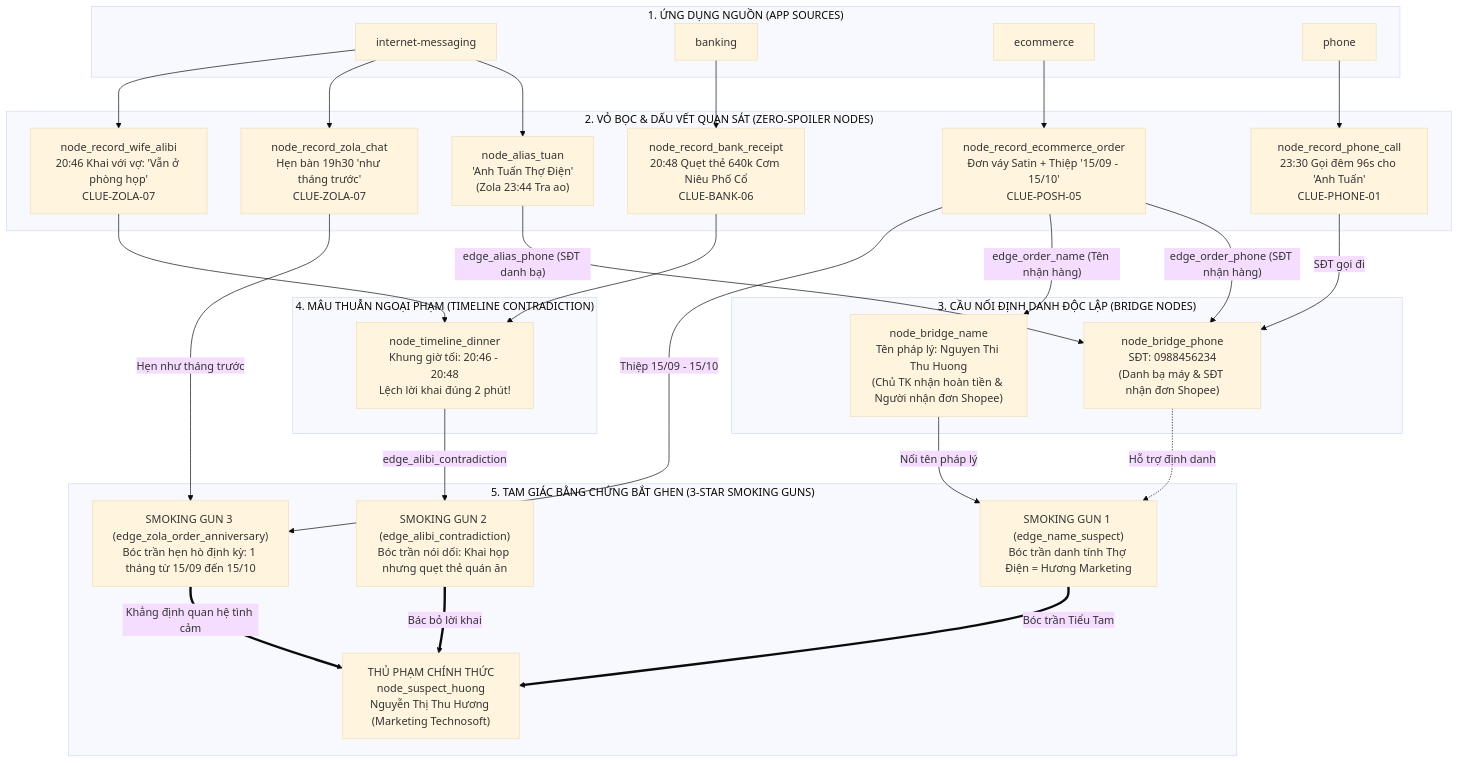
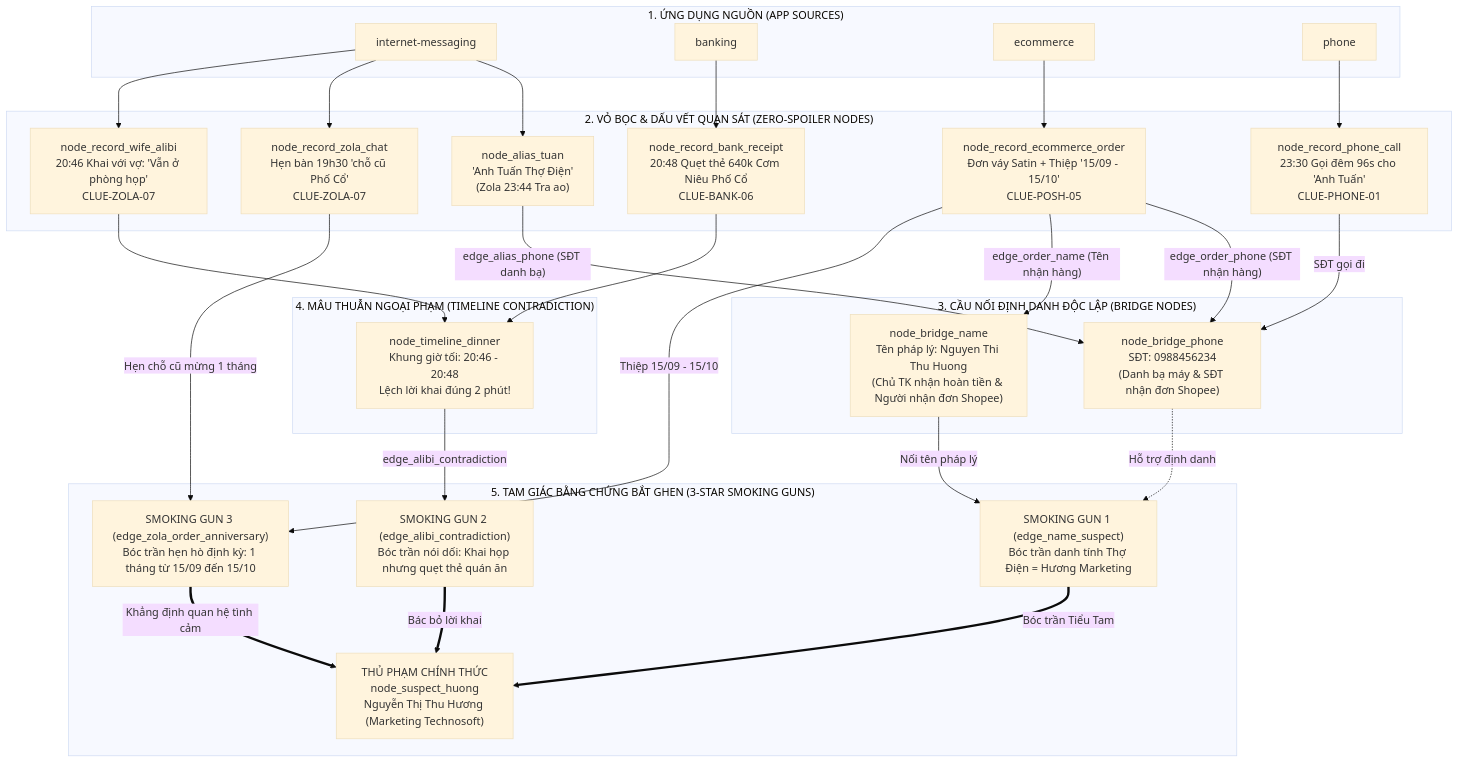
Before and after one commit to BruceNasher168/detective-wifey: the second of 2 diagrams in .agent-artifacts/requirements/stories/husband-hoang/level-01.md, drawn with Mermaid (base theme). The commit also changed other lines of this file and 9 other files, not shown here.

````diff
--- a/.agent-artifacts/requirements/stories/husband-hoang/level-01.md
+++ b/.agent-artifacts/requirements/stories/husband-hoang/level-01.md
@@ -193,64 +193,64 @@
 ```mermaid
 flowchart TD
   subgraph APPS ["1. ỨNG DỤNG NGUỒN (APP SOURCES)"]
     App_Zola["internet-messaging"]
     App_Bank["banking"]
     App_Shop["ecommerce"]
     App_Phone["phone"]
   end
 
   subgraph INITIAL_CLUES ["2. VỎ BỌC & DẤU VẾT QUAN SÁT (ZERO-SPOILER NODES)"]
     Alias_Tuan["node_alias_tuan<br/>'Anh Tuấn Thợ Điện'<br/>(Zola 23:44 Tra ao)"]
-    Record_ZolaChat["node_record_zola_chat<br/>Hẹn bàn 19h30 'như tháng trước'<br/>CLUE-ZOLA-07"]
+    Record_ZolaChat["node_record_zola_chat<br/>Hẹn bàn 19h30 'chỗ cũ Phố Cổ'<br/>CLUE-ZOLA-07"]
     Record_WifeAlibi["node_record_wife_alibi<br/>20:46 Khai với vợ: 'Vẫn ở phòng họp'<br/>CLUE-ZOLA-07"]
     Record_BankReceipt["node_record_bank_receipt<br/>20:48 Quẹt thẻ 640k Cơm Niêu Phố Cổ<br/>CLUE-BANK-06"]
     Record_ShopOrder["node_record_ecommerce_order<br/>Đơn váy Satin + Thiệp '15/09 - 15/10'<br/>CLUE-POSH-05"]
     Record_PhoneCall["node_record_phone_call<br/>23:30 Gọi đêm 96s cho 'Anh Tuấn'<br/>CLUE-PHONE-01"]
   end
 
   subgraph BRIDGES ["3. CẦU NỐI ĐỊNH DANH ĐỘC LẬP (BRIDGE NODES)"]
     Bridge_Phone["node_bridge_phone<br/>SĐT: 0988456234<br/>(Danh bạ máy & SĐT nhận đơn Shopee)"]
     Bridge_Name["node_bridge_name<br/>Tên pháp lý: Nguyen Thi Thu Huong<br/>(Chủ TK nhận hoàn tiền & Người nhận đơn Shopee)"]
   end
 
   subgraph TIMELINE_ALIBI ["4. MÂU THUẪN NGOẠI PHẠM (TIMELINE CONTRADICTION)"]
     Time_Dinner["node_timeline_dinner<br/>Khung giờ tối: 20:46 - 20:48<br/>Lệch lời khai đúng 2 phút!"]
   end
 
   subgraph SMOKING_GUNS ["5. TAM GIÁC BẰNG CHỨNG BẮT GHEN (3-STAR SMOKING GUNS)"]
     SG1["SMOKING GUN 1 (edge_name_suspect)<br/>Bóc trần danh tính Thợ Điện = Hương Marketing"]
     SG2["SMOKING GUN 2 (edge_alibi_contradiction)<br/>Bóc trần nói dối: Khai họp nhưng quẹt thẻ quán ăn"]
     SG3["SMOKING GUN 3 (edge_zola_order_anniversary)<br/>Bóc trần hẹn hò định kỳ: 1 tháng từ 15/09 đến 15/10"]
     Suspect_Huong["THỦ PHẠM CHÍNH THỨC<br/>node_suspect_huong<br/>Nguyễn Thị Thu Hương (Marketing Technosoft)"]
   end
 
   %% Mối nối từ App sang Bản ghi
   App_Zola --> Alias_Tuan
   App_Zola --> Record_ZolaChat
   App_Zola --> Record_WifeAlibi
   App_Bank --> Record_BankReceipt
   App_Shop --> Record_ShopOrder
   App_Phone --> Record_PhoneCall
 
   %% Mối nối Cầu nối Định danh
   Alias_Tuan -->|"edge_alias_phone (SĐT danh bạ)"| Bridge_Phone
   Record_PhoneCall -->|"SĐT gọi đi"| Bridge_Phone
   Record_ShopOrder -->|"edge_order_phone (SĐT nhận hàng)"| Bridge_Phone
   Record_ShopOrder -->|"edge_order_name (Tên nhận hàng)"| Bridge_Name
 
   %% Bóc trần danh tính
   Bridge_Name -->|"Nối tên pháp lý"| SG1
   Bridge_Phone -.->|"Hỗ trợ định danh"| SG1
   SG1 ==>|"Bóc trần Tiểu Tam"| Suspect_Huong
 
   %% Mâu thuẫn ngoại phạm
   Record_WifeAlibi --> Time_Dinner
   Record_BankReceipt --> Time_Dinner
   Time_Dinner -->|"edge_alibi_contradiction"| SG2
   SG2 ==>|"Bác bỏ lời khai"| Suspect_Huong
 
   %% Hẹn hò định kỳ & Quà tặng
-  Record_ZolaChat -->|"Hẹn như tháng trước"| SG3
+  Record_ZolaChat -->|"Hẹn chỗ cũ mừng 1 tháng"| SG3
   Record_ShopOrder -->|"Thiệp 15/09 - 15/10"| SG3
   SG3 ==>|"Khẳng định quan hệ tình cảm"| Suspect_Huong
 ```
````
